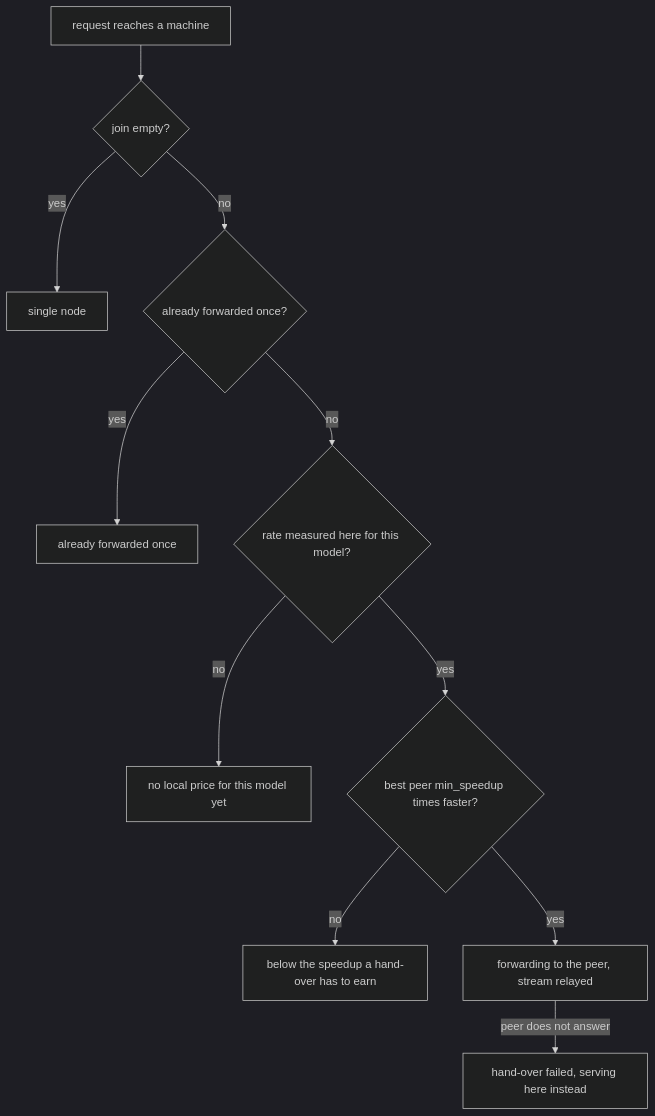
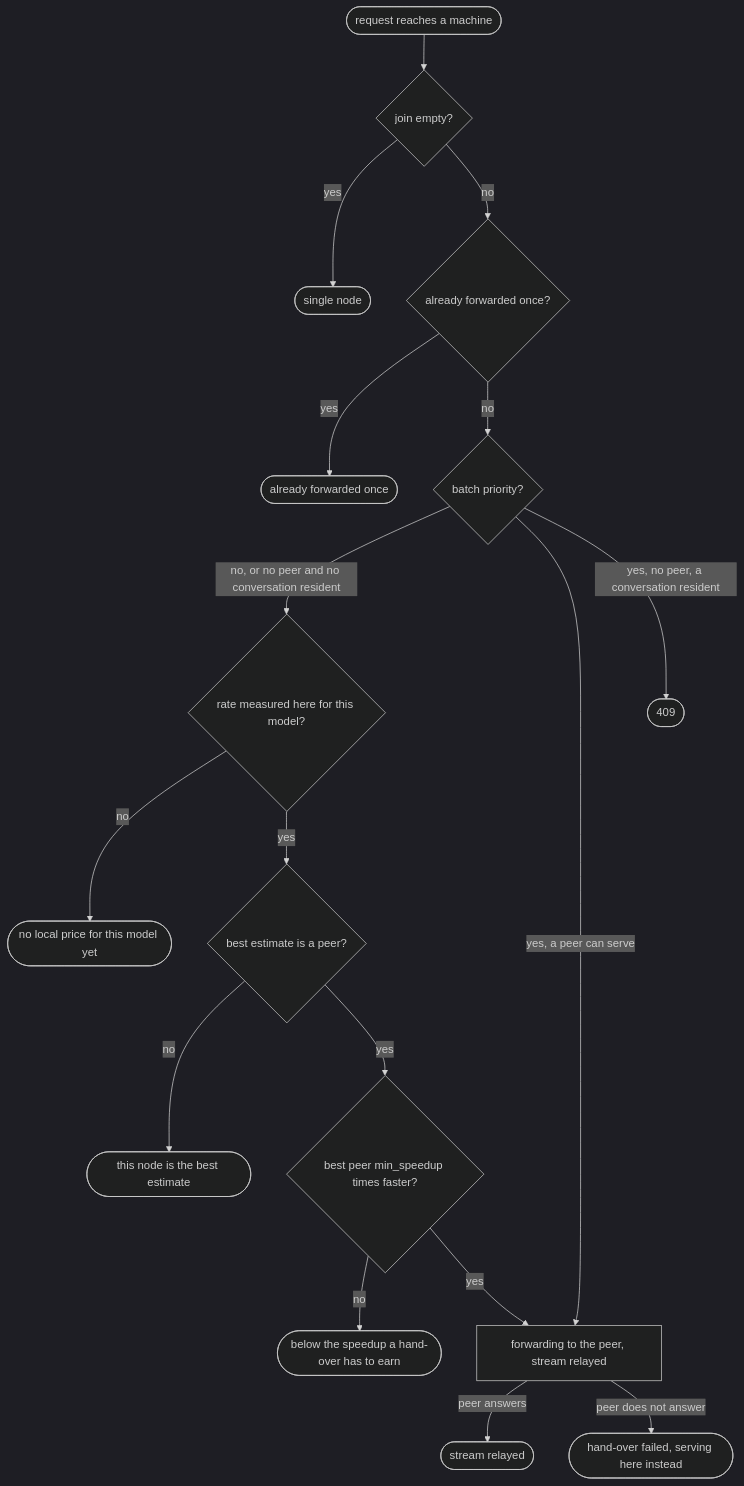
The second of 2 diagrams in docs/operate/cluster.md (loken-ai/loken), drawn with Mermaid (dark theme) before and after one commit. The commit also changed 7 other files, not shown here.

First line of the commit message:
docs: define requests in flight and lanes, and fix the flow diagrams

````diff
--- a/docs/operate/cluster.md
+++ b/docs/operate/cluster.md
@@ -112,13 +112,19 @@
 ```mermaid
 flowchart TD
-    R["request reaches a machine"] --> J{"join empty?"}
-    J -- yes --> L1["single node"]
+    R(["request reaches a machine"]) --> J{"join empty?"}
+    J -- yes --> L1(["single node"])
     J -- no --> F{"already forwarded once?"}
-    F -- yes --> L0["already forwarded once"]
-    F -- no --> P{"rate measured here for this model?"}
-    P -- no --> L2["no local price for this model yet"]
-    P -- yes --> B{"best peer min_speedup times faster?"}
-    B -- no --> L3["below the speedup a hand-over has to earn"]
+    F -- yes --> L0(["already forwarded once"])
+    F -- no --> Y{"batch priority?"}
+    Y -- "no, or no peer and no conversation resident" --> P{"rate measured here for this model?"}
+    Y -- "yes, a peer can serve" --> H
+    Y -- "yes, no peer, a conversation resident" --> N9(["409"])
+    P -- no --> L2(["no local price for this model yet"])
+    P -- yes --> C{"best estimate is a peer?"}
+    C -- no --> L5(["this node is the best estimate"])
+    C -- yes --> B{"best peer min_speedup times faster?"}
+    B -- no --> L3(["below the speedup a hand-over has to earn"])
     B -- yes --> H["forwarding to the peer, stream relayed"]
-    H -- "peer does not answer" --> L4["hand-over failed, serving here instead"]
+    H -- "peer answers" --> D(["stream relayed"])
+    H -- "peer does not answer" --> L4(["hand-over failed, serving here instead"])
 ```
````
